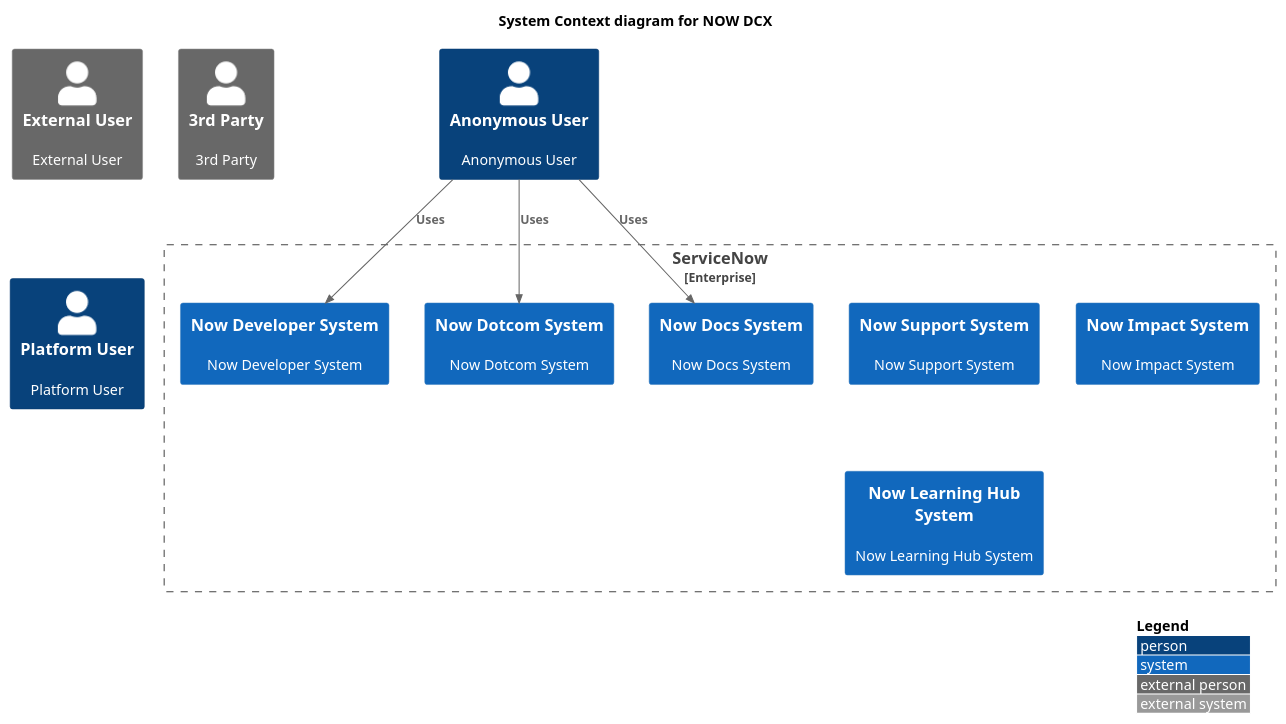
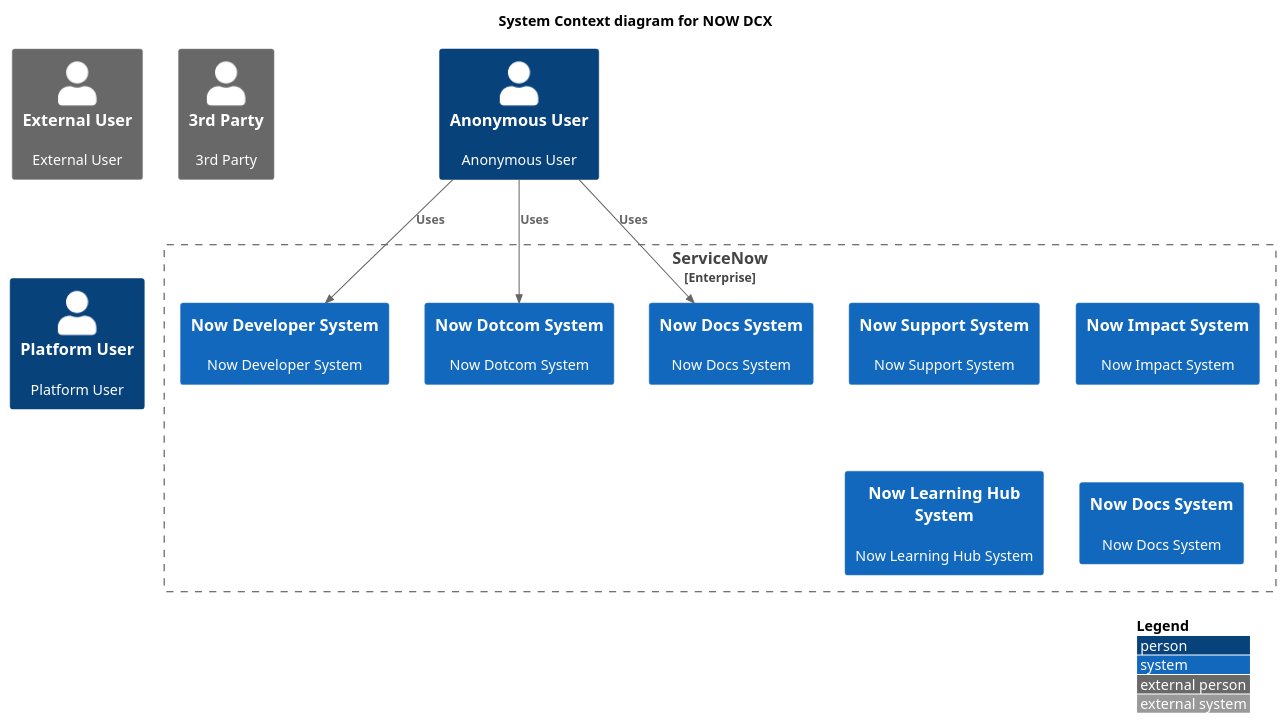
Before and after one commit to pangealab/athena: the diagram in puml/c4/dcx/nowdcx.puml, drawn with PlantUML. The commit also changed 453 other files, not shown here.

```diff
--- a/puml/c4/dcx/nowdcx.puml
+++ b/puml/c4/dcx/nowdcx.puml
@@ -1,30 +1,31 @@
 @startuml "enterprise"
 !include https://raw.githubusercontent.com/plantuml-stdlib/C4-PlantUML/master/C4_Context.puml
 ' uncomment the following line and comment the first to use locally
 ' !include C4_Context.puml
 
 LAYOUT_TOP_DOWN()
 'LAYOUT_AS_SKETCH()
 LAYOUT_WITH_LEGEND()
 
 title System Context diagram for NOW DCX
 
 Person_Ext(external_user, "External User", "External User")
 Person_Ext(3rd_party_user, "3rd Party", "3rd Party")
 Person(platform_user, "Platform User", "Platform User")
 Person(anonymous_user, "Anonymous User", "Anonymous User")
 
 Enterprise_Boundary(servicenow_enteprise, "ServiceNow") {
   System(now_support_system, "Now Support System", "Now Support System")
   System(now_impact_system, "Now Impact System", "Now Impact System")
   System(now_learninghub_system, "Now Learning Hub System", "Now Learning Hub System")
   System(now_developer_system, "Now Developer System", "Now Developer System")
   System(now_dotcom_system, "Now Dotcom System", "Now Dotcom System")
   System(now_docs_system, "Now Docs System", "Now Docs System")
+  System(now_community_system, "Now Docs System", "Now Docs System")
 }
 
 Rel_D(anonymous_user, now_dotcom_system, "Uses")
 Rel_D(anonymous_user, now_docs_system, "Uses")
 Rel_D(anonymous_user, now_developer_system, "Uses")
 
 @enduml
```
